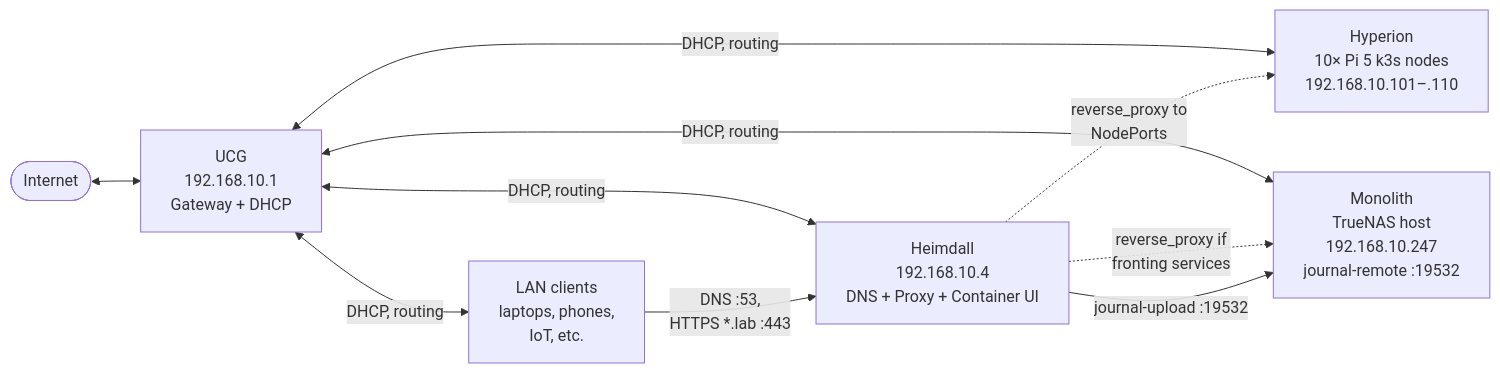
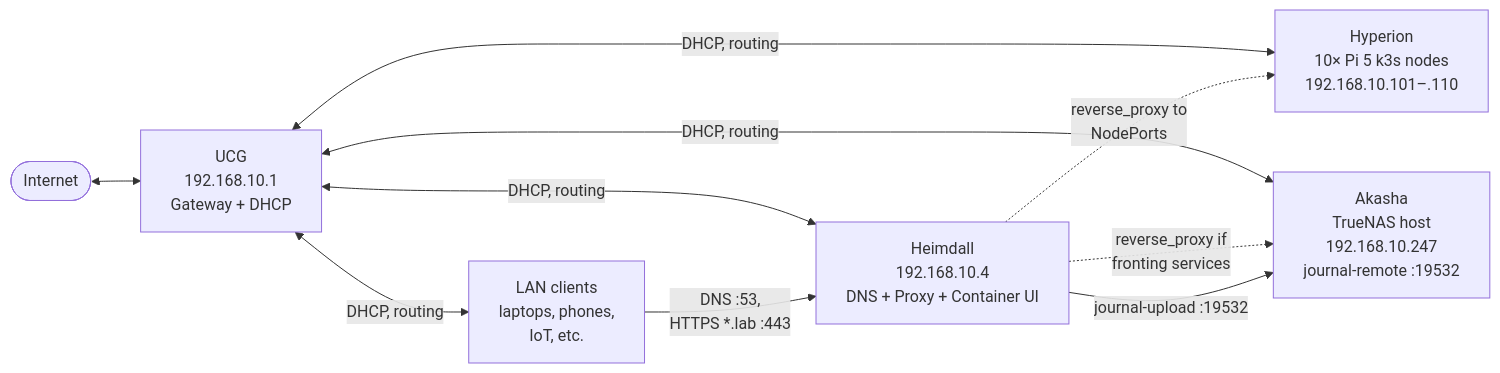
The first of 7 diagrams in Heimdall/docs/manual/01-architecture.md (StevenGann/Homelab), drawn with Mermaid before and after one commit. The commit also changed other lines of this file and 33 other files, not shown here.

First line of the commit message:
chore: rename Monolith → Akasha; discard retired Akasha k3s control plane

````diff
--- a/Heimdall/docs/manual/01-architecture.md
+++ b/Heimdall/docs/manual/01-architecture.md
@@ -7,19 +7,19 @@
 ```mermaid
 flowchart LR
     Internet([Internet])
     UCG["UCG<br/>192.168.10.1<br/>Gateway + DHCP"]
     Hyperion["Hyperion<br/>10× Pi 5 k3s nodes<br/>192.168.10.101–.110"]
-    Monolith["Monolith<br/>TrueNAS host<br/>192.168.10.247<br/>journal-remote :19532"]
+    Akasha["Akasha<br/>TrueNAS host<br/>192.168.10.247<br/>journal-remote :19532"]
     Heimdall["Heimdall<br/>192.168.10.4<br/>DNS + Proxy + Container UI"]
     LAN["LAN clients<br/>laptops, phones,<br/>IoT, etc."]
 
     Internet <--> UCG
     UCG <-->|DHCP, routing| LAN
     UCG <-->|DHCP, routing| Heimdall
     UCG <-->|DHCP, routing| Hyperion
-    UCG <-->|DHCP, routing| Monolith
+    UCG <-->|DHCP, routing| Akasha
     LAN -->|"DNS :53,<br/>HTTPS *.lab :443"| Heimdall
     Heimdall -.->|"reverse_proxy to<br/>NodePorts"| Hyperion
-    Heimdall -.->|"reverse_proxy if<br/>fronting services"| Monolith
-    Heimdall -->|journal-upload :19532| Monolith
+    Heimdall -.->|"reverse_proxy if<br/>fronting services"| Akasha
+    Heimdall -->|journal-upload :19532| Akasha
 ```
````
